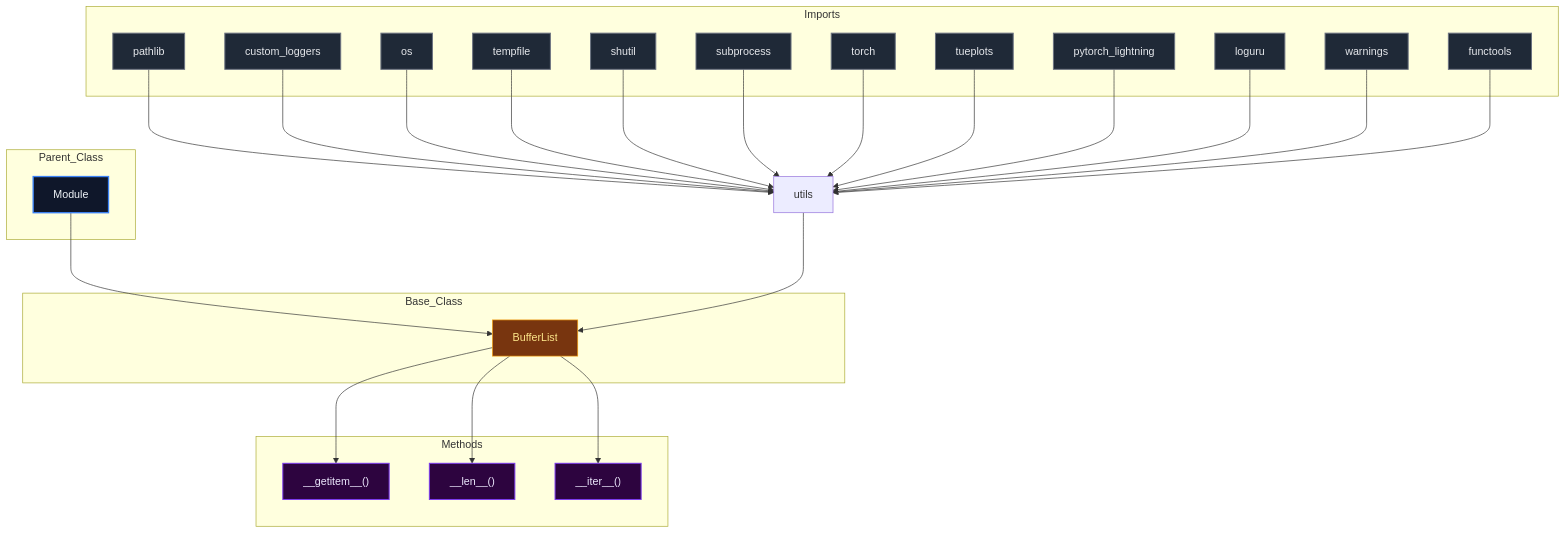
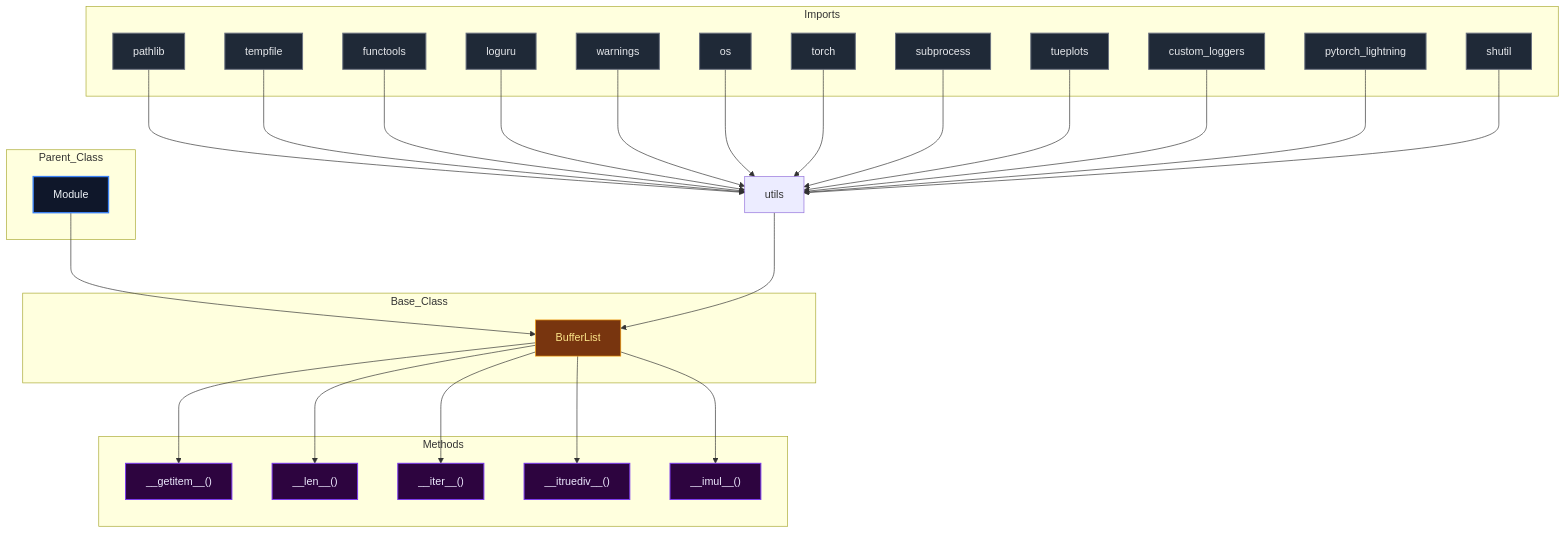
Before and after one commit to mllam/neural-lam: the diagram in docs/diagrams/utils_diagram.md, drawn with Mermaid. The commit also changed 19 other files, not shown here.

Commit message:
Auto-update Mermaid diagrams

````diff
--- a/docs/diagrams/utils_diagram.md
+++ b/docs/diagrams/utils_diagram.md
@@ -1,66 +1,70 @@
 ```mermaid
 %%{init: {'flowchart': {'nodeSpacing': 60, 'rankSpacing': 80}}}%%
 flowchart TD
 
 module["utils"]
 
 subgraph Parent_Class
     Module["Module"]
 end
 
 subgraph Base_Class
     BufferList["BufferList"]
 end
 
     Module --> BufferList
 
 subgraph Imports
     pathlib["pathlib"]
-    custom_loggers["custom_loggers"]
-    os["os"]
     tempfile["tempfile"]
-    shutil["shutil"]
-    subprocess["subprocess"]
-    torch["torch"]
-    tueplots["tueplots"]
-    pytorch_lightning["pytorch_lightning"]
+    functools["functools"]
     loguru["loguru"]
     warnings["warnings"]
-    functools["functools"]
+    os["os"]
+    torch["torch"]
+    subprocess["subprocess"]
+    tueplots["tueplots"]
+    custom_loggers["custom_loggers"]
+    pytorch_lightning["pytorch_lightning"]
+    shutil["shutil"]
 end
 
     pathlib --> module
-    custom_loggers --> module
-    os --> module
     tempfile --> module
-    shutil --> module
-    subprocess --> module
-    torch --> module
-    tueplots --> module
-    pytorch_lightning --> module
+    functools --> module
     loguru --> module
     warnings --> module
-    functools --> module
+    os --> module
+    torch --> module
+    subprocess --> module
+    tueplots --> module
+    custom_loggers --> module
+    pytorch_lightning --> module
+    shutil --> module
     module --> BufferList
 
 subgraph Methods
     BufferList___getitem__["__getitem__()"]
     BufferList___len__["__len__()"]
     BufferList___iter__["__iter__()"]
+    BufferList___itruediv__["__itruediv__()"]
+    BufferList___imul__["__imul__()"]
 end
 
     BufferList --> BufferList___getitem__
     BufferList --> BufferList___len__
     BufferList --> BufferList___iter__
+    BufferList --> BufferList___itruediv__
+    BufferList --> BufferList___imul__
 
 classDef parent fill:#0f172a,stroke:#3b82f6,stroke-width:2px,color:#f1f5f9,font-size:16px
 classDef base fill:#78350f,stroke:#f59e0b,stroke-width:1px,color:#fde68a,font-size:16px
 classDef import fill:#1f2937,stroke:#6b7280,stroke-width:1.5px,color:#e5e7eb,font-size:16px
 classDef method fill:#2d043f,stroke:#7c3aed,stroke-width:1.5px,color:#ede9fe,font-size:16px
 classDef callNode fill:#064e3b,stroke:#10b981,stroke-width:1.5px,color:#d1fae5,font-size:16px
 class Module parent
 class BufferList base
-class pathlib,custom_loggers,os,tempfile,shutil,subprocess,torch,tueplots,pytorch_lightning,loguru,warnings,functools import
-class BufferList___getitem__,BufferList___len__,BufferList___iter__ method
+class pathlib,tempfile,functools,loguru,warnings,os,torch,subprocess,tueplots,custom_loggers,pytorch_lightning,shutil import
+class BufferList___getitem__,BufferList___len__,BufferList___iter__,BufferList___itruediv__,BufferList___imul__ method
 
 ```
````
